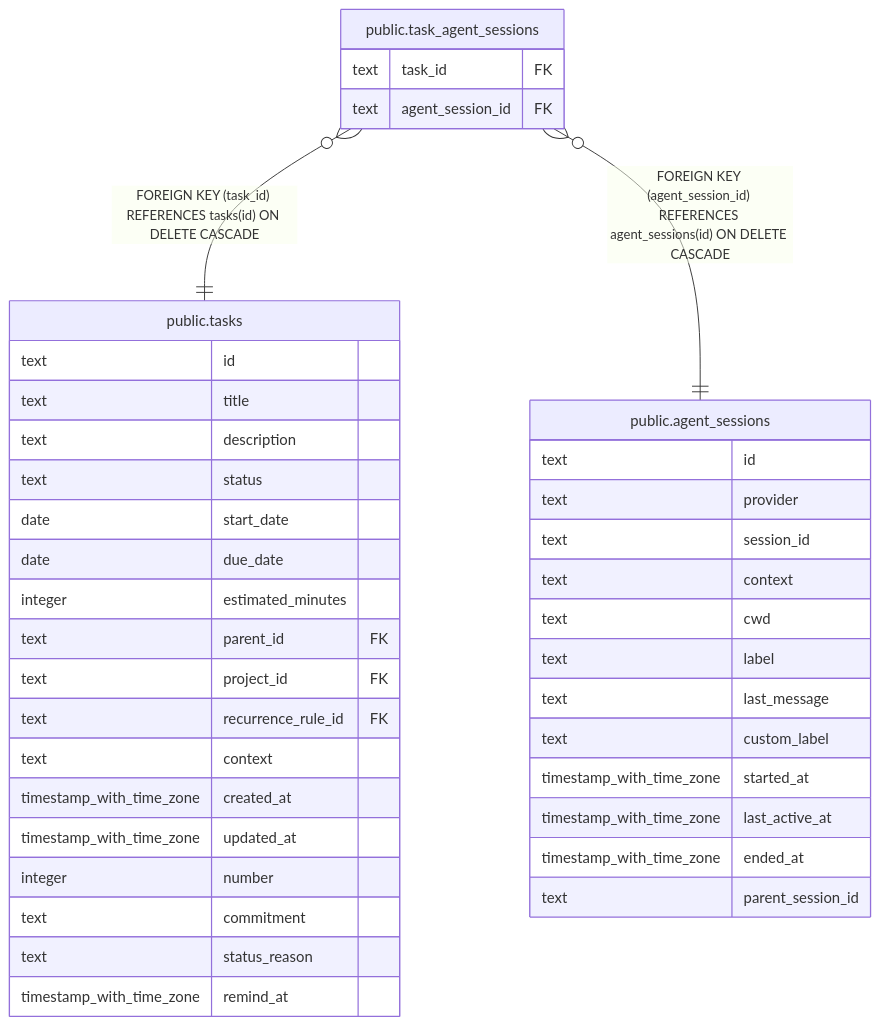
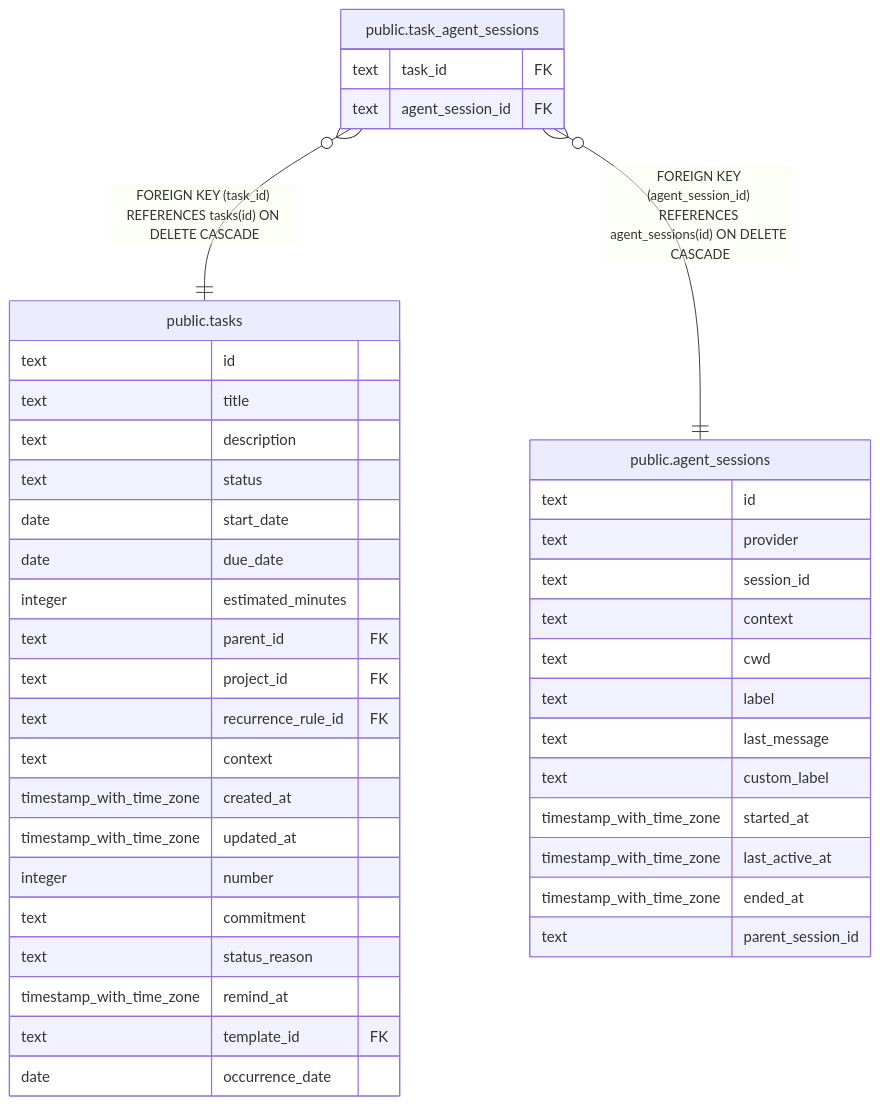
Before and after one commit to fohte/tq: the diagram in docs/db/public.task_agent_sessions.md, drawn with Mermaid. The commit also changed 38 other files, not shown here.

````diff
--- a/docs/db/public.task_agent_sessions.md
+++ b/docs/db/public.task_agent_sessions.md
@@ -28,44 +28,46 @@
 ```mermaid
 erDiagram
 
 "public.task_agent_sessions" }o--|| "public.tasks" : "FOREIGN KEY (task_id) REFERENCES tasks(id) ON DELETE CASCADE"
 "public.task_agent_sessions" }o--|| "public.agent_sessions" : "FOREIGN KEY (agent_session_id) REFERENCES agent_sessions(id) ON DELETE CASCADE"
 
 "public.task_agent_sessions" {
   text task_id FK
   text agent_session_id FK
 }
 "public.tasks" {
   text id
   text title
   text description
   text status
   date start_date
   date due_date
   integer estimated_minutes
   text parent_id FK
   text project_id FK
   text recurrence_rule_id FK
   text context
   timestamp_with_time_zone created_at
   timestamp_with_time_zone updated_at
   integer number
   text commitment
   text status_reason
   timestamp_with_time_zone remind_at
+  text template_id FK
+  date occurrence_date
 }
 "public.agent_sessions" {
   text id
   text provider
   text session_id
   text context
   text cwd
   text label
   text last_message
   text custom_label
   timestamp_with_time_zone started_at
   timestamp_with_time_zone last_active_at
   timestamp_with_time_zone ended_at
   text parent_session_id
 }
 ```
````
